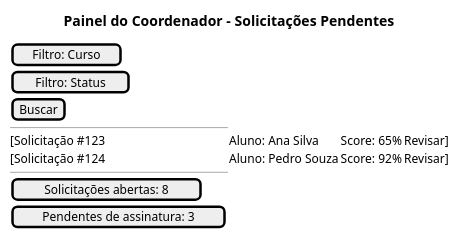
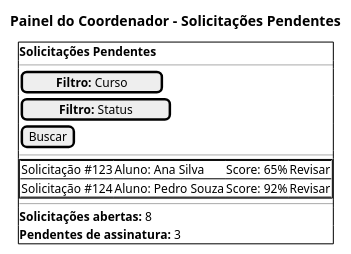
Before and after one commit to Projetos-de-Extensao/PBE_26.1_8001_I: the fourth of 5 diagrams in mkdocs/Iniciacao/prototipo_baixa_fidelidade.md, drawn with PlantUML. The commit also changed other lines of this file, not shown here.

````diff
--- a/mkdocs/Iniciacao/prototipo_baixa_fidelidade.md
+++ b/mkdocs/Iniciacao/prototipo_baixa_fidelidade.md
@@ -108,17 +120,25 @@
 ```plantuml
 @startsalt
 title Painel do Coordenador - Solicitações Pendentes
 
 {
-  [Filtro: Curso]
-  [Filtro: Status]
-  [Buscar]
+  {+
+  **Solicitações Pendentes**
   --
-  [Solicitação #123 | Aluno: Ana Silva | Score: 65% | Revisar]
-  [Solicitação #124 | Aluno: Pedro Souza | Score: 92% | Revisar]
-  --
-  [Solicitações abertas: 8]
-  [Pendentes de assinatura: 3]
+    [**Filtro:** Curso]  
+    [**Filtro:** Status]
+    [Buscar]
+    --
+    {+
+      {-
+      Solicitação #123 | Aluno: Ana Silva | Score: 65% | Revisar
+      Solicitação #124 | Aluno: Pedro Souza | Score: 92% | Revisar
+      }
+    }
+    --
+    **Solicitações abertas:** 8
+    **Pendentes de assinatura:** 3
+  }
 }
 @endsalt
 ```
````
